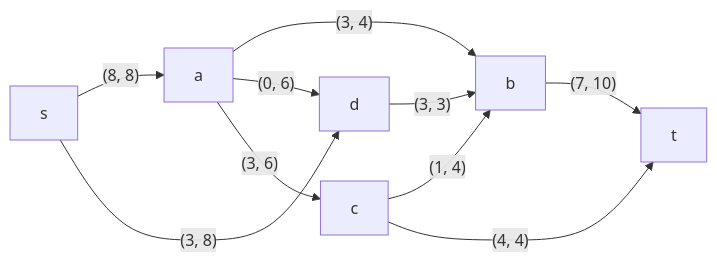
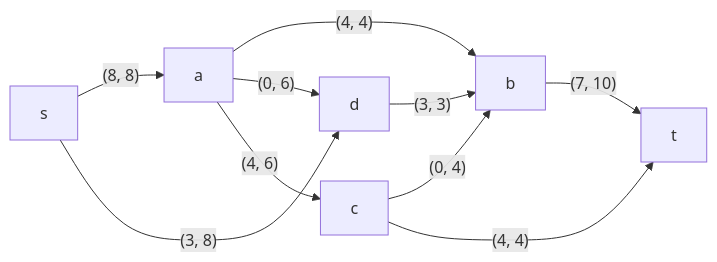
Before and after one commit to hse-algo-24-crow/manual-tasks-crow: the seventh of 7 diagrams in task-9/digital-racers.md, drawn with Mermaid. The commit also changed other lines of this file, not shown here.

````diff
--- a/task-9/digital-racers.md
+++ b/task-9/digital-racers.md
@@ -178,12 +152,12 @@
 ```mermaid
 graph LR
     s-->|"(8, 8)"|a
     s-->|"(3, 8)"|d
-    a-->|"(3, 4)"|b
+    a-->|"(4, 4)"|b
     a-->|"(0, 6)"|d
     d-->|"(3, 3)"|b
-    c-->|"(1, 4)"|b
+    c-->|"(0, 4)"|b
     c-->|"(4, 4)"|t
     b-->|"(7, 10)"|t
-    a-->|"(3, 6)"|c
+    a-->|"(4, 6)"|c
 ```
````
